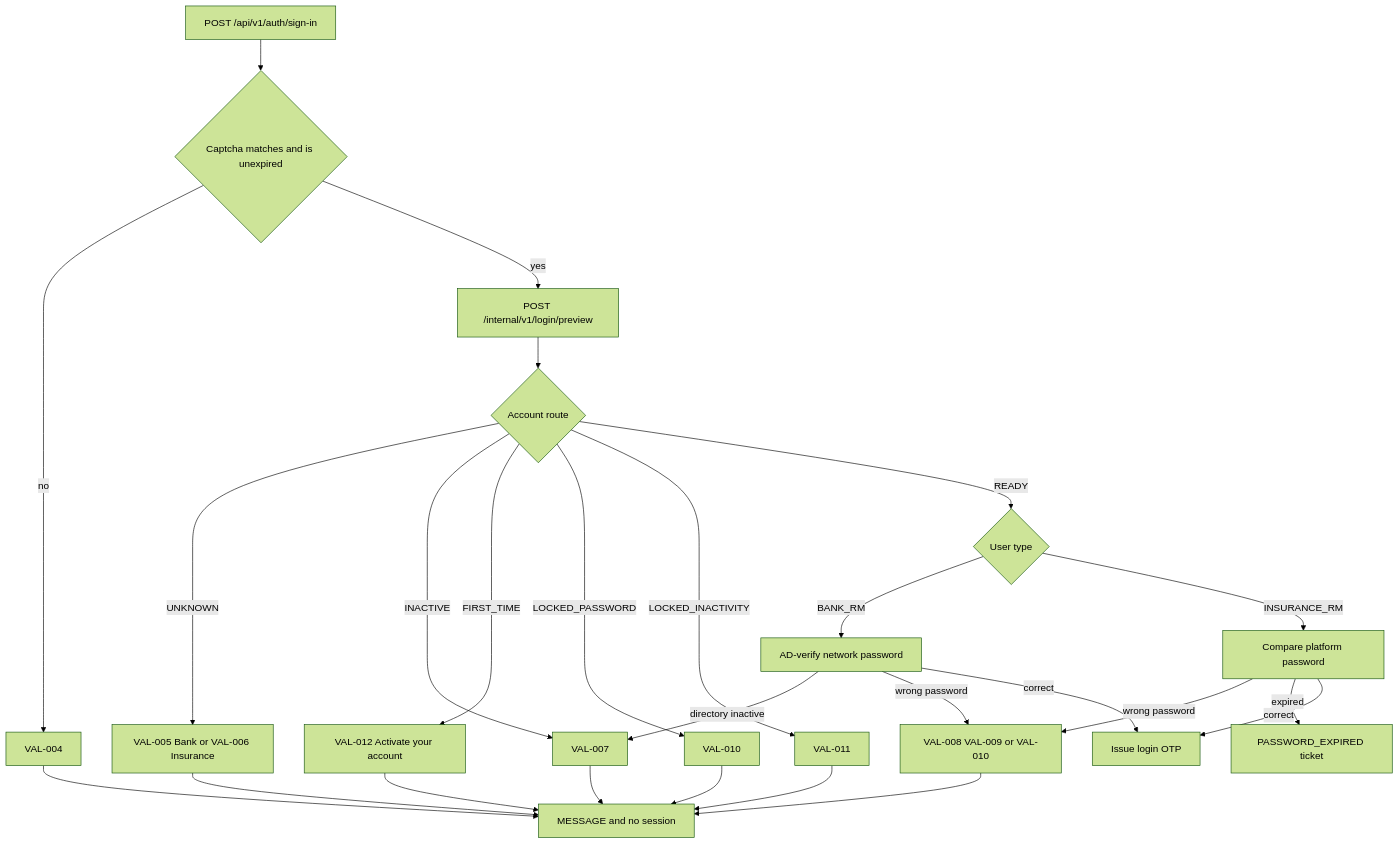
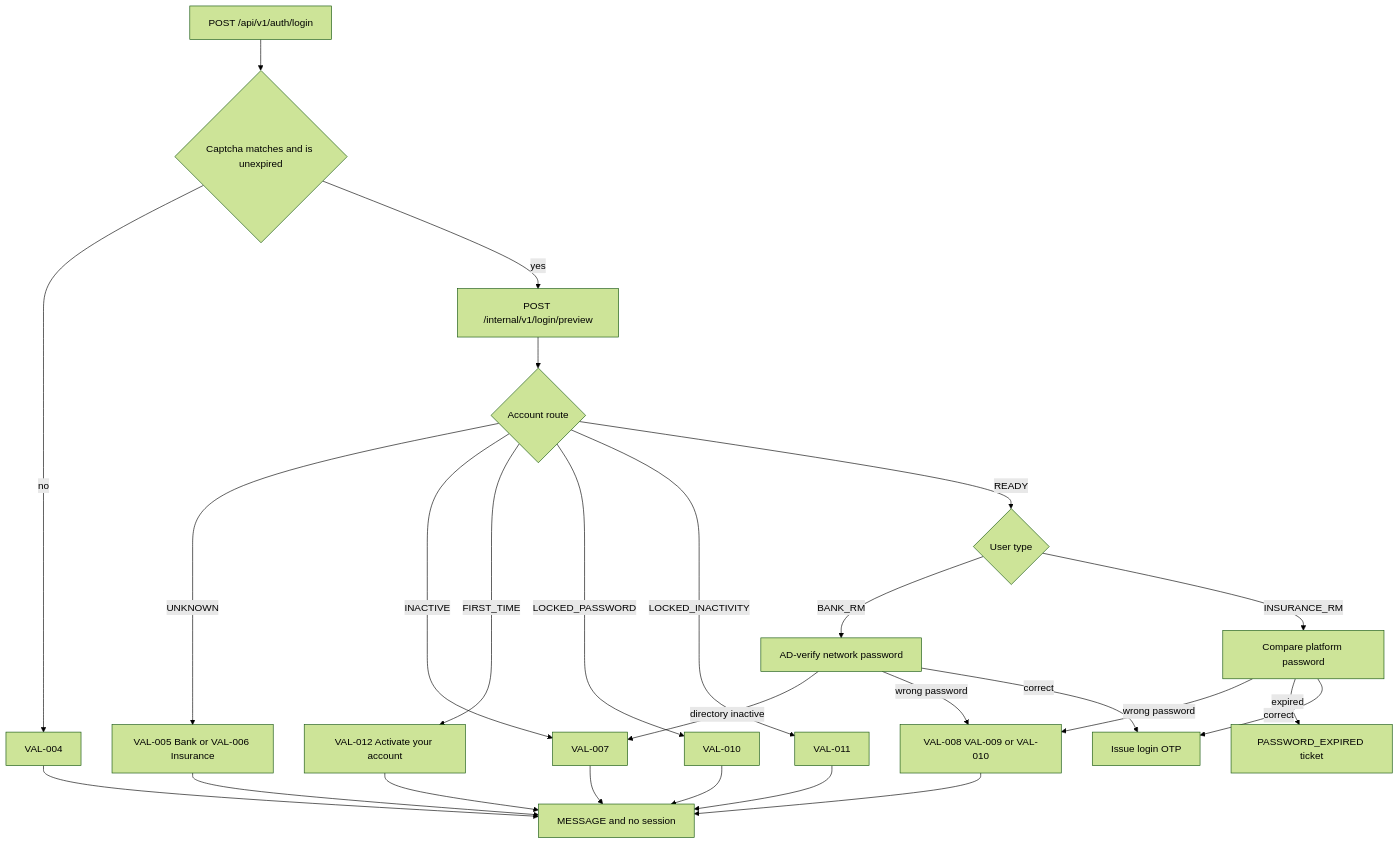
One commit to Mahesh38/bank-insurance-platform changed the second of 9 diagrams in docs/journey-execution/flows/LOGIN-BRD-V31-API-FLOWS.md. Above: the diagram before and after it, drawn with Mermaid (forest theme). The commit also changed other lines of this file and 29 other files, not shown here.

First line of the commit message:
SUG-20261028-1lg — one Login BRD auth surface (retire IAM-001 dual login) (#165)

````diff
--- a/docs/journey-execution/flows/LOGIN-BRD-V31-API-FLOWS.md
+++ b/docs/journey-execution/flows/LOGIN-BRD-V31-API-FLOWS.md
@@ -87,38 +88,38 @@
 ```mermaid
 flowchart TD
-  signIn[POST /api/v1/auth/sign-in]
+  signIn[POST /api/v1/auth/login]
   captcha{Captcha matches and is unexpired}
   preview[POST /internal/v1/login/preview]
   route{Account route}
   kind{User type}
   ad[AD-verify network password]
   hash[Compare platform password]
   otp[Issue login OTP]
   stop[MESSAGE and no session]
 
   signIn --> captcha
   captcha -->|no| v004[VAL-004]
   captcha -->|yes| preview
   preview --> route
   route -->|UNKNOWN| unk[VAL-005 Bank or VAL-006 Insurance]
   route -->|INACTIVE| v007[VAL-007]
   route -->|FIRST_TIME| v012[VAL-012 Activate your account]
   route -->|LOCKED_PASSWORD| v010[VAL-010]
   route -->|LOCKED_INACTIVITY| v011[VAL-011]
   route -->|READY| kind
   kind -->|BANK_RM| ad
   kind -->|INSURANCE_RM| hash
   ad -->|directory inactive| v007
   ad -->|wrong password| attempts[VAL-008 VAL-009 or VAL-010]
   ad -->|correct| otp
   hash -->|wrong password| attempts
   hash -->|expired| expired[PASSWORD_EXPIRED ticket]
   hash -->|correct| otp
   unk --> stop
   v004 --> stop
   v007 --> stop
   v012 --> stop
   v010 --> stop
   v011 --> stop
   attempts --> stop
 ```
````
